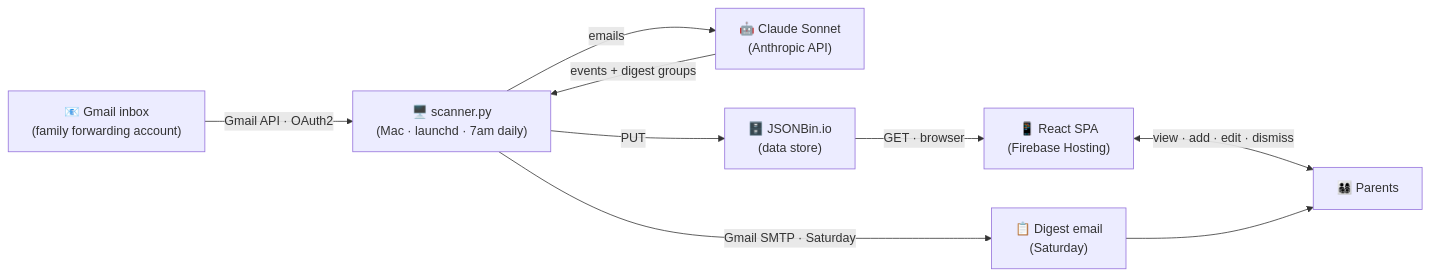
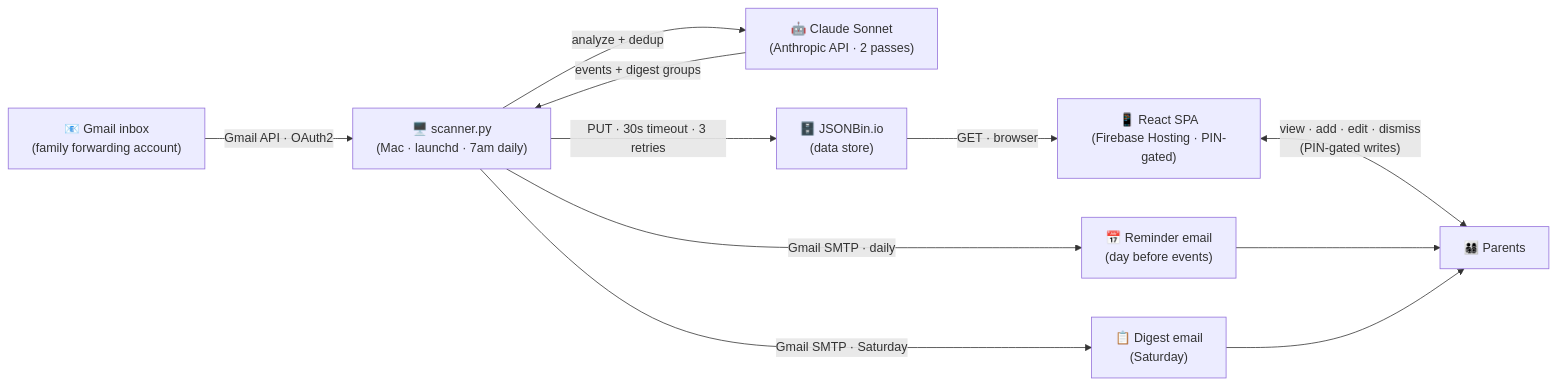
One commit to samundrud/family_inbox_digest changed the diagram in README.md. Above: the diagram before and after it, drawn with Mermaid. The commit also changed other lines of this file and 3 other files, not shown here.

First line of the commit message:
Implement FAM-21 + registration links + JSONBin retries + doc updates

````diff
--- a/README.md
+++ b/README.md
@@ -12,19 +12,22 @@
 ```mermaid
 flowchart LR
     Gmail["📧 Gmail inbox\n(family forwarding account)"]
     Scanner["🖥️ scanner.py\n(Mac · launchd · 7am daily)"]
-    Claude["🤖 Claude Sonnet\n(Anthropic API)"]
+    Claude["🤖 Claude Sonnet\n(Anthropic API · 2 passes)"]
     JSONBin["🗄️ JSONBin.io\n(data store)"]
-    Frontend["📱 React SPA\n(Firebase Hosting)"]
+    Frontend["📱 React SPA\n(Firebase Hosting · PIN-gated)"]
+    ReminderEmail["📅 Reminder email\n(day before events)"]
     DigestEmail["📋 Digest email\n(Saturday)"]
     Parents["👨‍👩‍👧‍👦 Parents"]
 
     Gmail -->|"Gmail API · OAuth2"| Scanner
-    Scanner -->|"emails"| Claude
+    Scanner -->|"analyze + dedup"| Claude
     Claude -->|"events + digest groups"| Scanner
-    Scanner -->|"PUT"| JSONBin
+    Scanner -->|"PUT · 30s timeout · 3 retries"| JSONBin
     JSONBin -->|"GET · browser"| Frontend
-    Frontend <-->|"view · add · edit · dismiss"| Parents
+    Frontend <-->|"view · add · edit · dismiss\n(PIN-gated writes)"| Parents
+    Scanner -->|"Gmail SMTP · daily"| ReminderEmail
     Scanner -->|"Gmail SMTP · Saturday"| DigestEmail
+    ReminderEmail --> Parents
     DigestEmail --> Parents
 ```
````
